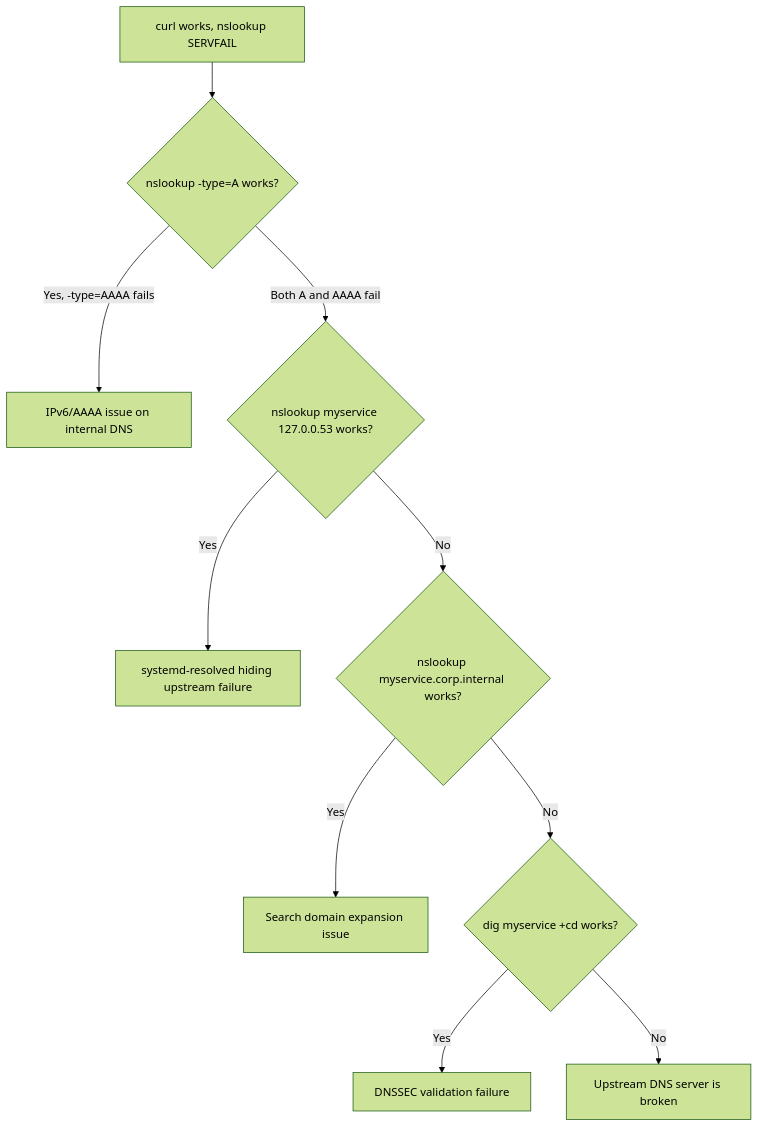
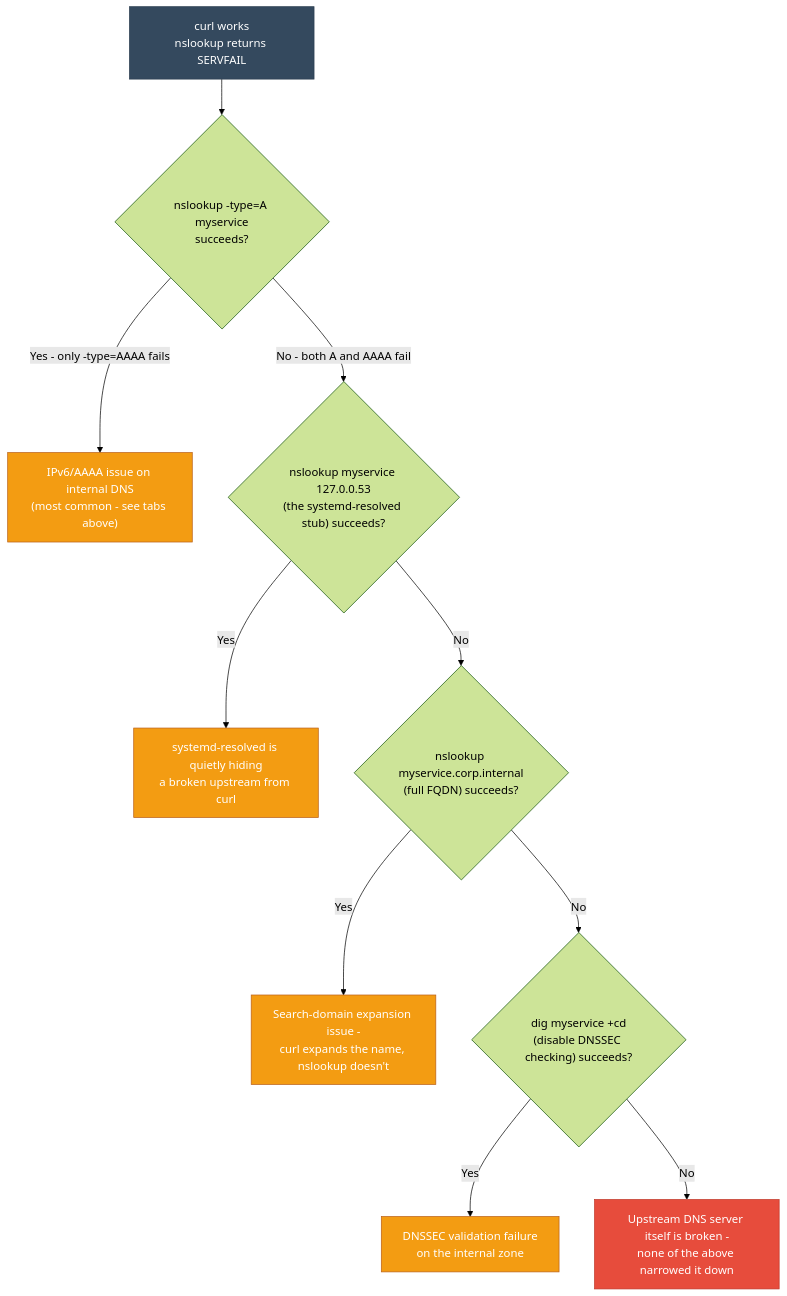
The second of 3 diagrams in networking/nslookup-vs-curl.md (deepanshu-rawat6/DevOpsIndex), drawn with Mermaid (forest theme) before and after one commit. The commit also changed other lines of this file and 8 other files, not shown here.

````diff
--- a/networking/nslookup-vs-curl.md
+++ b/networking/nslookup-vs-curl.md
@@ -151,12 +205,16 @@
 ```mermaid
 graph TD
-    A[curl works, nslookup SERVFAIL] --> B{nslookup -type=A works?}
-    B -->|Yes, -type=AAAA fails| C[IPv6/AAAA issue on internal DNS]
-    B -->|Both A and AAAA fail| D{nslookup myservice 127.0.0.53 works?}
-    D -->|Yes| E[systemd-resolved hiding upstream failure]
-    D -->|No| F{nslookup myservice.corp.internal works?}
-    F -->|Yes| G[Search domain expansion issue]
-    F -->|No| H{dig myservice +cd works?}
-    H -->|Yes| I[DNSSEC validation failure]
-    H -->|No| J[Upstream DNS server is broken]
+    classDef start fill:#34495e,stroke:#2c3e50,color:#fff
+    classDef found fill:#f39c12,stroke:#ba6018,color:#fff
+    classDef bad fill:#e74c3c,stroke:#c0392b,color:#fff
+
+    A["curl works<br/>nslookup returns SERVFAIL"]:::start --> B{"nslookup -type=A myservice<br/>succeeds?"}
+    B -->|"Yes - only -type=AAAA fails"| C["IPv6/AAAA issue on internal DNS<br/>(most common - see tabs above)"]:::found
+    B -->|"No - both A and AAAA fail"| D{"nslookup myservice 127.0.0.53<br/>(the systemd-resolved stub) succeeds?"}
+    D -->|"Yes"| E["systemd-resolved is quietly hiding<br/>a broken upstream from curl"]:::found
+    D -->|"No"| F{"nslookup myservice.corp.internal<br/>(full FQDN) succeeds?"}
+    F -->|"Yes"| G["Search-domain expansion issue -<br/>curl expands the name, nslookup doesn't"]:::found
+    F -->|"No"| H{"dig myservice +cd<br/>(disable DNSSEC checking) succeeds?"}
+    H -->|"Yes"| I["DNSSEC validation failure<br/>on the internal zone"]:::found
+    H -->|"No"| J["Upstream DNS server itself is broken -<br/>none of the above narrowed it down"]:::bad
 ```
````
